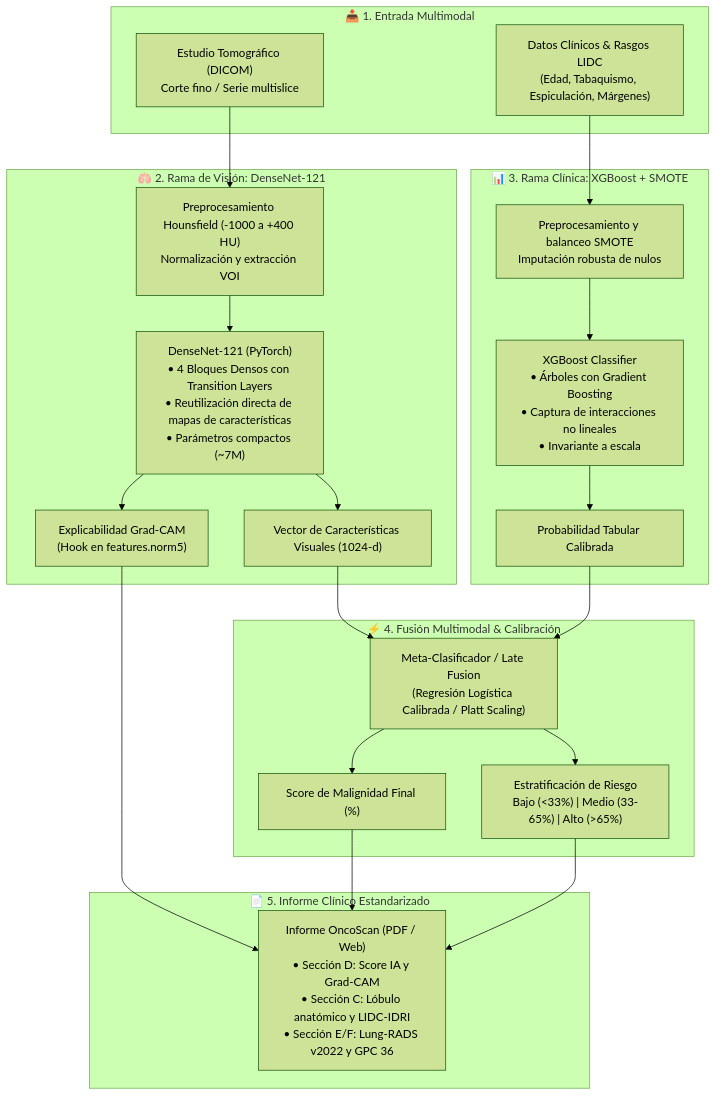
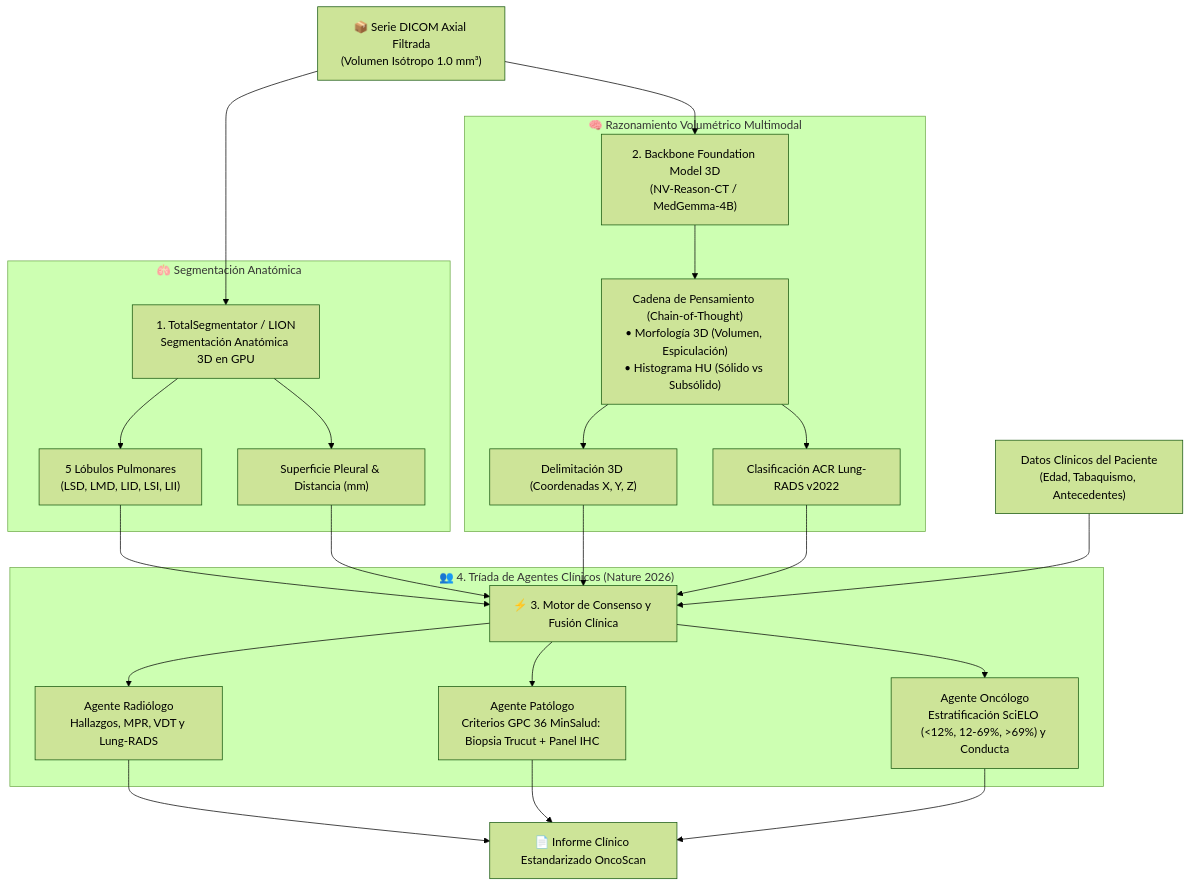
One commit to ProyectoBenditos/Benditos_cancer_detector changed the third of 4 diagrams in docs/plan-modelo-v2.0-segmentacion-volumetrica.md. Above: the diagram before and after it, drawn with Mermaid (forest theme). The commit also changed other lines of this file and 6 other files, not shown here.

Commit message:
feat: selector de localizacion lobar anatomica en procesamiento por lotes y documentacion OncoScan 2.0

````diff
--- a/docs/plan-modelo-v2.0-segmentacion-volumetrica.md
+++ b/docs/plan-modelo-v2.0-segmentacion-volumetrica.md
@@ -53,33 +125,33 @@
 ```mermaid
 flowchart TD
-    subgraph Input["📥 1. Entrada Multimodal"]
-        DCM["Estudio Tomográfico (DICOM)\nCorte fino / Serie multislice"]
-        Tabular["Datos Clínicos & Rasgos LIDC\n(Edad, Tabaquismo, Espiculación, Márgenes)"]
+    DCM["📦 Serie DICOM Axial Filtrada\n(Volumen Isótropo 1.0 mm³)"] --> TS["1. TotalSegmentator / LION\nSegmentación Anatómica 3D en GPU"]
+    
+    subgraph Seg["🫁 Segmentación Anatómica"]
+        TS --> Lobes["5 Lóbulos Pulmonares\n(LSD, LMD, LID, LSI, LII)"]
+        TS --> Pleura["Superficie Pleural & Distancia (mm)"]
     end
 
-    subgraph VisionBranch["🫁 2. Rama de Visión: DenseNet-121"]
-        DCM --> Preproc["Preprocesamiento Hounsfield (-1000 a +400 HU)\nNormalización y extracción VOI"]
-        Preproc --> DenseNet["DenseNet-121 (PyTorch)\n• 4 Bloques Densos con Transition Layers\n• Reutilización directa de mapas de características\n• Parámetros compactos (~7M)"]
-        DenseNet --> GradCAM["Explicabilidad Grad-CAM\n(Hook en features.norm5)"]
-        DenseNet --> FeatVec["Vector de Características Visuales (1024-d)"]
+    DCM --> VLM["2. Backbone Foundation Model 3D\n(NV-Reason-CT / MedGemma-4B)"]
+    
+    subgraph Reasoning["🧠 Razonamiento Volumétrico Multimodal"]
+        VLM --> CoT["Cadena de Pensamiento (Chain-of-Thought)\n• Morfología 3D (Volumen, Espiculación)\n• Histograma HU (Sólido vs Subsólido)"]
+        CoT --> BBox["Delimitación 3D (Coordenadas X, Y, Z)"]
+        CoT --> LungRads["Clasificación ACR Lung-RADS v2022"]
     end
 
-    subgraph ClinicalBranch["📊 3. Rama Clínica: XGBoost + SMOTE"]
-        Tabular --> SmotePrep["Preprocesamiento y balanceo SMOTE\nImputación robusta de nulos"]
-        SmotePrep --> XGB["XGBoost Classifier\n• Árboles con Gradient Boosting\n• Captura de interacciones no lineales\n• Invariante a escala"]
-        XGB --> TabScore["Probabilidad Tabular Calibrada"]
+    Lobes --> Fusion["⚡ 3. Motor de Consenso y Fusión Clínica"]
+    Pleura --> Fusion
+    BBox --> Fusion
+    LungRads --> Fusion
+    Clinical["Datos Clínicos del Paciente\n(Edad, Tabaquismo, Antecedentes)"] --> Fusion
+
+    subgraph Agents["👥 4. Tríada de Agentes Clínicos (Nature 2026)"]
+        Fusion --> RadAgent["Agente Radiólogo\nHallazgos, MPR, VDT y Lung-RADS"]
+        Fusion --> PathAgent["Agente Patólogo\nCriterios GPC 36 MinSalud: Biopsia Trucut + Panel IHC"]
+        Fusion --> OncoAgent["Agente Oncólogo\nEstratificación SciELO (<12%, 12-69%, >69%) y Conducta"]
     end
 
-    subgraph Fusion["⚡ 4. Fusión Multimodal & Calibración"]
-        FeatVec --> MetaLearner["Meta-Clasificador / Late Fusion\n(Regresión Logística Calibrada / Platt Scaling)"]
-        TabScore --> MetaLearner
-        MetaLearner --> FinalScore["Score de Malignidad Final (%)"]
-        MetaLearner --> RiskStrat["Estratificación de Riesgo\nBajo (<33%) | Medio (33-65%) | Alto (>65%)"]
-    end
-
-    subgraph Output["📄 5. Informe Clínico Estandarizado"]
-        FinalScore --> PDF["Informe OncoScan (PDF / Web)\n• Sección D: Score IA y Grad-CAM\n• Sección C: Lóbulo anatómico y LIDC-IDRI\n• Sección E/F: Lung-RADS v2022 y GPC 36"]
-        RiskStrat --> PDF
-        GradCAM --> PDF
-    end
+    RadAgent --> Report["📄 Informe Clínico Estandarizado OncoScan"]
+    PathAgent --> Report
+    OncoAgent --> Report
 ```
````
